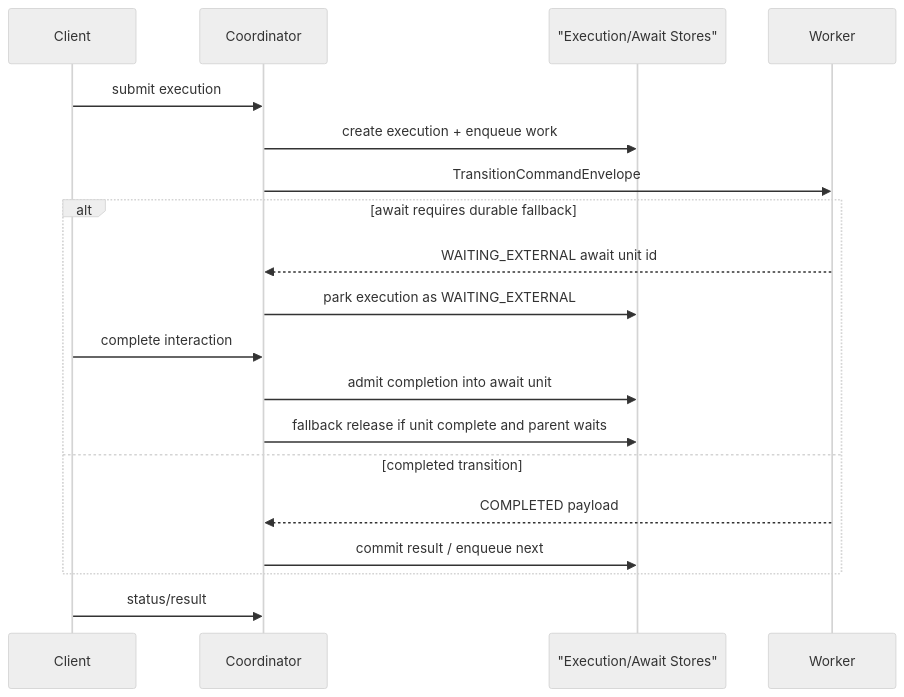
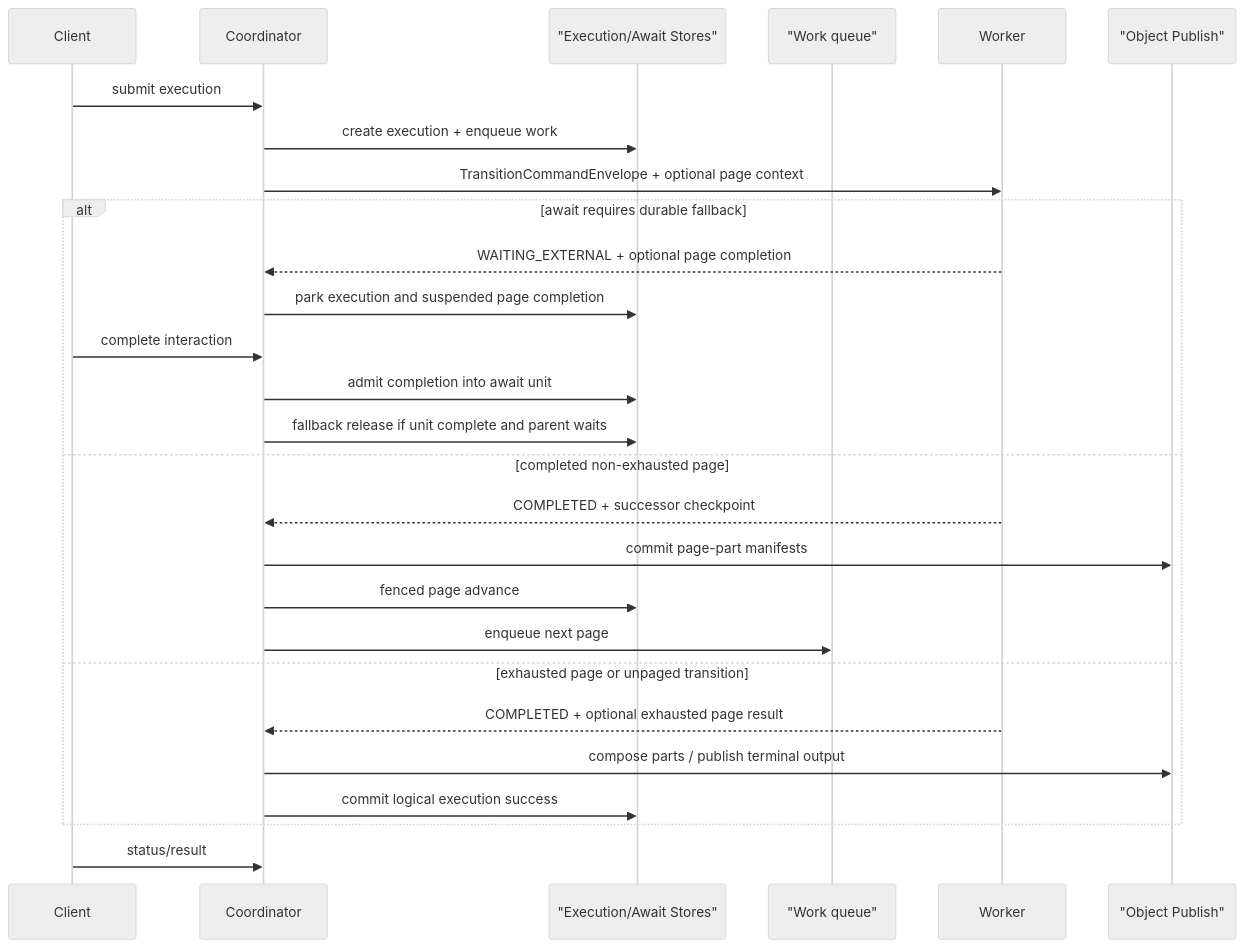
Before and after one commit to The-Pipeline-Framework/pipelineframework: the diagram in docs/evolve/durable-coordinator/index.md, drawn with Mermaid (neutral theme). The commit also changed other lines of this file and 8 other files, not shown here.

````diff
--- a/docs/evolve/durable-coordinator/index.md
+++ b/docs/evolve/durable-coordinator/index.md
@@ -23,22 +23,30 @@
 ```mermaid
 sequenceDiagram
     participant Client
     participant Coordinator
     participant Store as "Execution/Await Stores"
+    participant Work as "Work queue"
     participant Worker
+    participant Publish as "Object Publish"
 
     Client->>Coordinator: submit execution
     Coordinator->>Store: create execution + enqueue work
-    Coordinator->>Worker: TransitionCommandEnvelope
+    Coordinator->>Worker: TransitionCommandEnvelope + optional page context
     alt await requires durable fallback
-        Worker-->>Coordinator: WAITING_EXTERNAL await unit id
-        Coordinator->>Store: park execution as WAITING_EXTERNAL
+        Worker-->>Coordinator: WAITING_EXTERNAL + optional page completion
+        Coordinator->>Store: park execution and suspended page completion
         Client->>Coordinator: complete interaction
         Coordinator->>Store: admit completion into await unit
         Coordinator->>Store: fallback release if unit complete and parent waits
-    else completed transition
-        Worker-->>Coordinator: COMPLETED payload
-        Coordinator->>Store: commit result / enqueue next
+    else completed non-exhausted page
+        Worker-->>Coordinator: COMPLETED + successor checkpoint
+        Coordinator->>Publish: commit page-part manifests
+        Coordinator->>Store: fenced page advance
+        Coordinator->>Work: enqueue next page
+    else exhausted page or unpaged transition
+        Worker-->>Coordinator: COMPLETED + optional exhausted page result
+        Coordinator->>Publish: compose parts / publish terminal output
+        Coordinator->>Store: commit logical execution success
     end
     Client->>Coordinator: status/result
 ```
````
